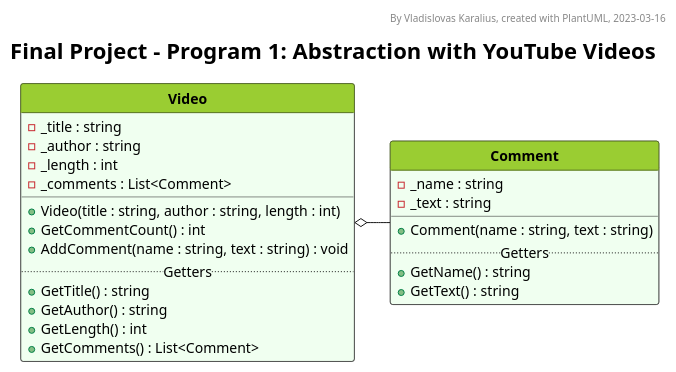
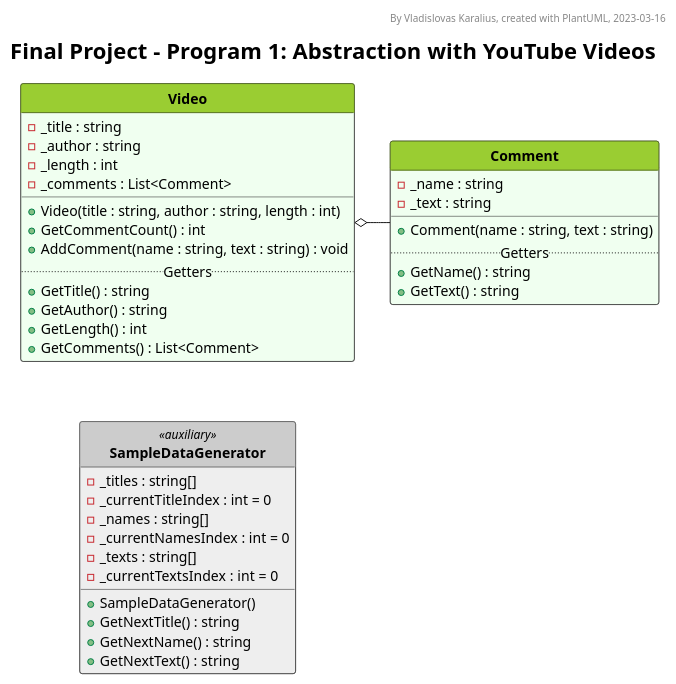
The diagram in final/Foundation1/UML_diagram.pu (VladKaralius/cse210-projects), drawn with PlantUML before and after one commit.

Commit message:
Added SampleDataGenerator

```diff
--- a/final/Foundation1/UML_diagram.pu
+++ b/final/Foundation1/UML_diagram.pu
@@ -1,117 +1,132 @@
 @startuml UML_diagram
 
 '--Formatting options--
 hide circle
 hide empty members
 'skinparam classAttributeIconSize 0
 skinparam style strictuml
 'skinparam groupInheritance 2
 'skinparam linetype ortho
 'skinparam Nodesep 15
 'skinparam Ranksep 25
 'left to right direction
 
 '--Styling--
 'skinparam BackgroundColor White/LightGreen
 skinparam TitleFontSize 22
 
 <style>
 classDiagram {
   class {
     '-attributes and methods-
     'FontSize 14
     'FontColor black
     'BackgroundColor #fefece
     BackgroundColor #f0fff0
     'RoundCorner 0
     '-class name-
     header {
       'FontSize 12
       'FontColor Black
       FontStyle bold
       BackgroundColor YellowGreen
     }
 
     ' Alternative class style 1
     .gaming {
       BackgroundColor Bisque
       header {
         BackgroundColor Orange
       }
     }
 
     ' Alternative class style 2
-    .test {
+    .auxiliary {
       BackgroundColor #eeeeee
       header {
         BackgroundColor #cccccc
       }
     }
   }
   note {
     BackgroundColor Yellow
   }
   legend {
     FontSize 18
   }
 </style>
 
 '--Header, title, caption--
 header By Vladislovas Karalius, created with PlantUML, 2023-03-16
 title Final Project - Program 1: Abstraction with YouTube Videos
 'caption <:warning:>Constructors without parameters are not shown in this diagram
 
 ' Dummy class that explains visibility symbols
 ' class Markers #dddddd {
 ' Attributes
 ' ..
 ' - private
 ' # protected
 ' + public
 ' {static} static
 ' --
 ' Methods
 ' ..
 ' - private()
 ' # protected()
 ' + public()
 ' {static} static()
 ' }
 
 '--Main--
 class Video {
   - _title : string
   - _author : string
   - _length : int
   - _comments : List<Comment>
   __
   + Video(title : string, author : string, length : int)
   + GetCommentCount() : int
   + AddComment(name : string, text : string) : void
   ..Getters..
   + GetTitle() : string
   + GetAuthor() : string
   + GetLength() : int
   + GetComments() : List<Comment>
 }
 
 class Comment {
   - _name : string
   - _text : string
   __
   + Comment(name : string, text : string)
   ..Getters..
   + GetName() : string
   + GetText() : string
 }
 
 Video o- Comment
 
+class SampleDataGenerator <<auxiliary>> {
+  - _titles : string[]
+  - _currentTitleIndex : int = 0
+  - _names : string[]
+  - _currentNamesIndex : int = 0
+  - _texts : string[]
+  - _currentTextsIndex : int = 0
+  + SampleDataGenerator()
+  + GetNextTitle() : string
+  + GetNextName() : string
+  + GetNextText() : string
+}
+
+Video .[hidden]. SampleDataGenerator
+
 '--Description--
 ' legend bottom
 ' <size:22>__**Core Requirements**__
 ' The program has one base class **Activity**. This class contains the attributes and methods
 ' that are common to all activities. Certain functions are put into separate classes as follows:
 ' endlegend
 
 @enduml
```
